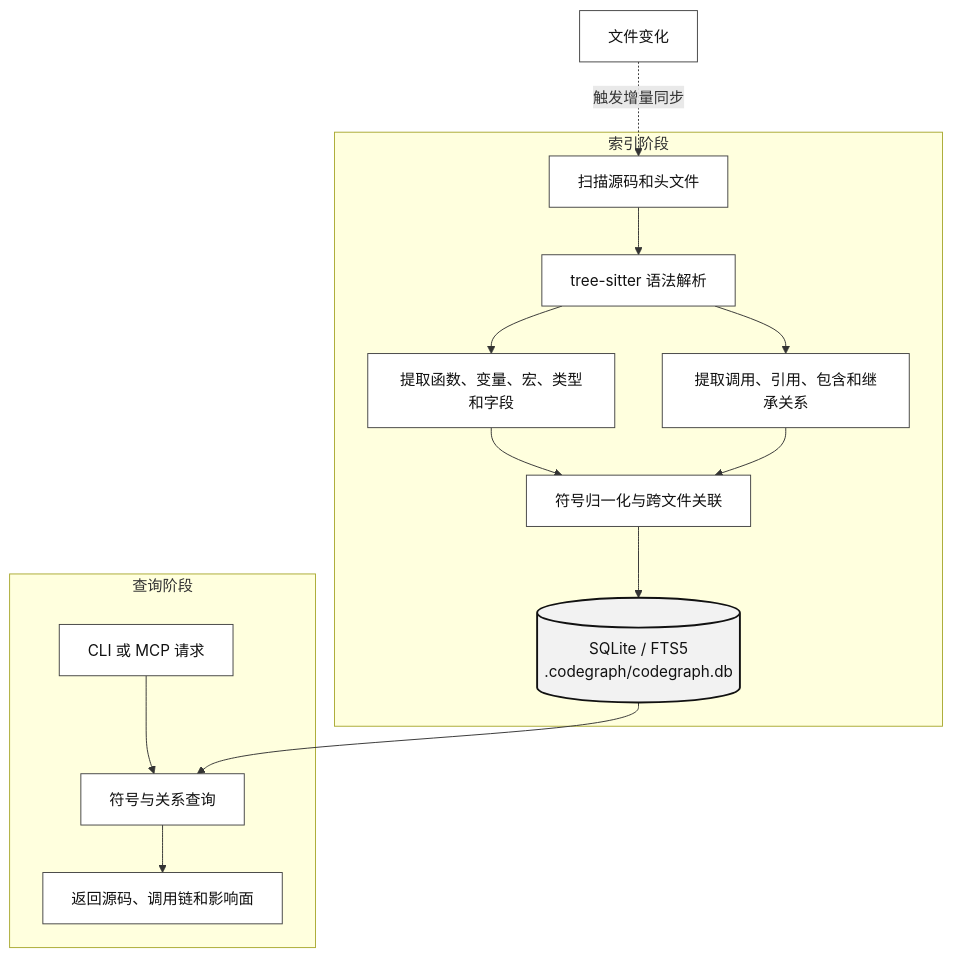
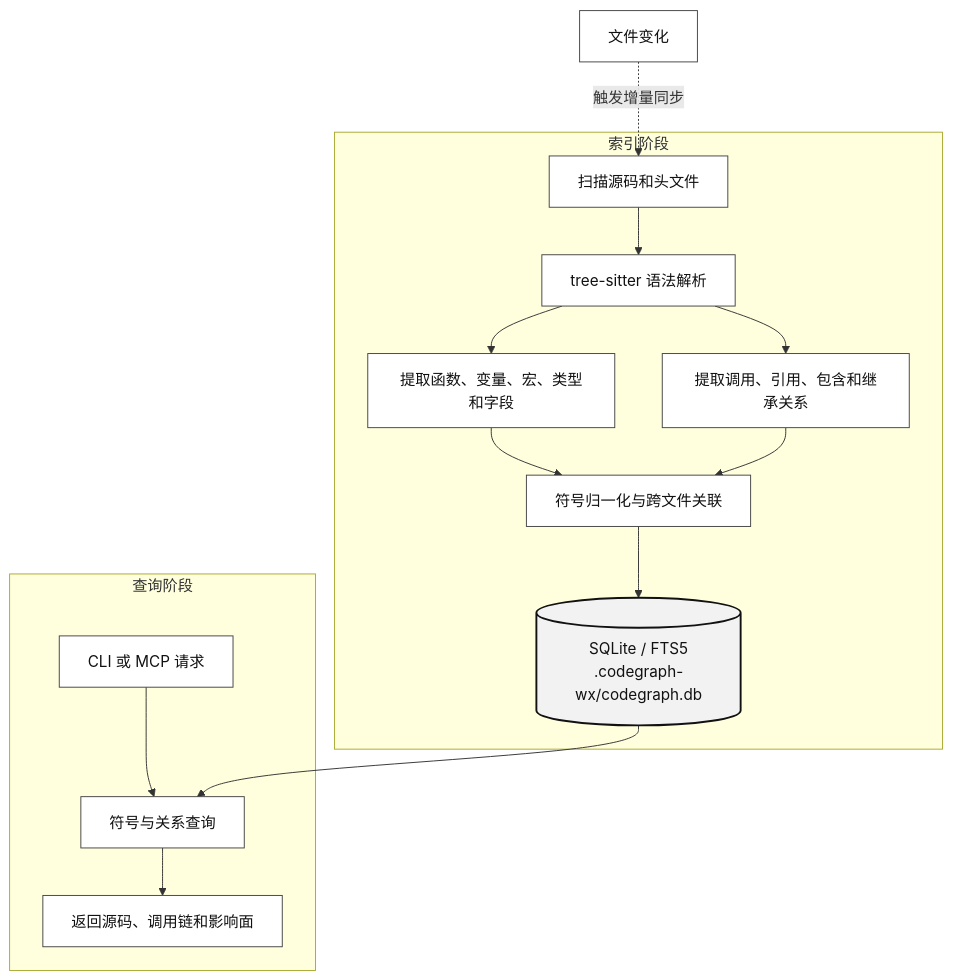
One commit to chenmr0/codeg changed the sixth of 7 diagrams in README.md. Above: the diagram before and after it, drawn with Mermaid. The commit also changed other lines of this file and 81 other files, not shown here.

````diff
--- a/README.md
+++ b/README.md
@@ -260,23 +262,23 @@
 ```mermaid
 flowchart TB
     subgraph INDEX["索引阶段"]
         S1["扫描源码和头文件"] --> S2["tree-sitter 语法解析"]
         S2 --> S3["提取函数、变量、宏、类型和字段"]
         S2 --> S4["提取调用、引用、包含和继承关系"]
         S3 --> S5["符号归一化与跨文件关联"]
         S4 --> S5
-        S5 --> DB[("SQLite / FTS5\n.codegraph/codegraph.db")]
+        S5 --> DB[("SQLite / FTS5\n.codegraph-wx/codegraph.db")]
     end
 
     subgraph QUERY["查询阶段"]
         Q1["CLI 或 MCP 请求"] --> Q2["符号与关系查询"]
         Q2 --> Q3["返回源码、调用链和影响面"]
     end
 
     DB --> Q2
     W["文件变化"] -.触发增量同步.-> S1
 
     classDef default fill:#ffffff,stroke:#444,color:#111;
     classDef store fill:#f2f2f2,stroke:#111,stroke-width:2px,color:#111;
     class DB store;
 ```
````
